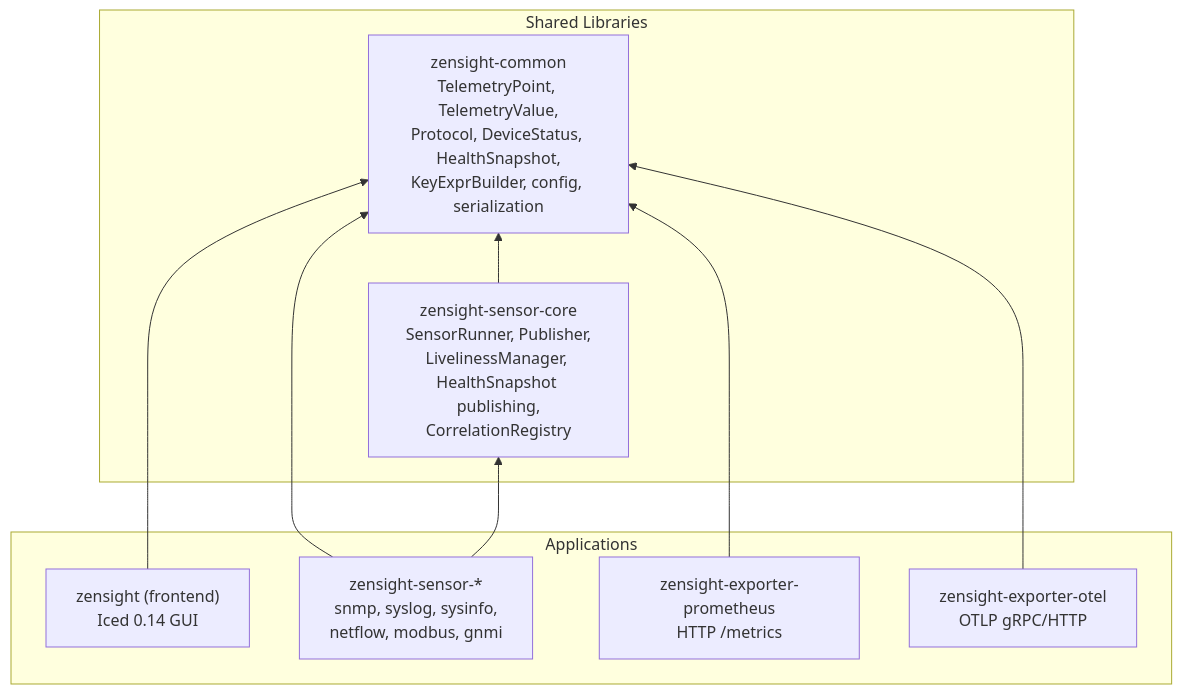
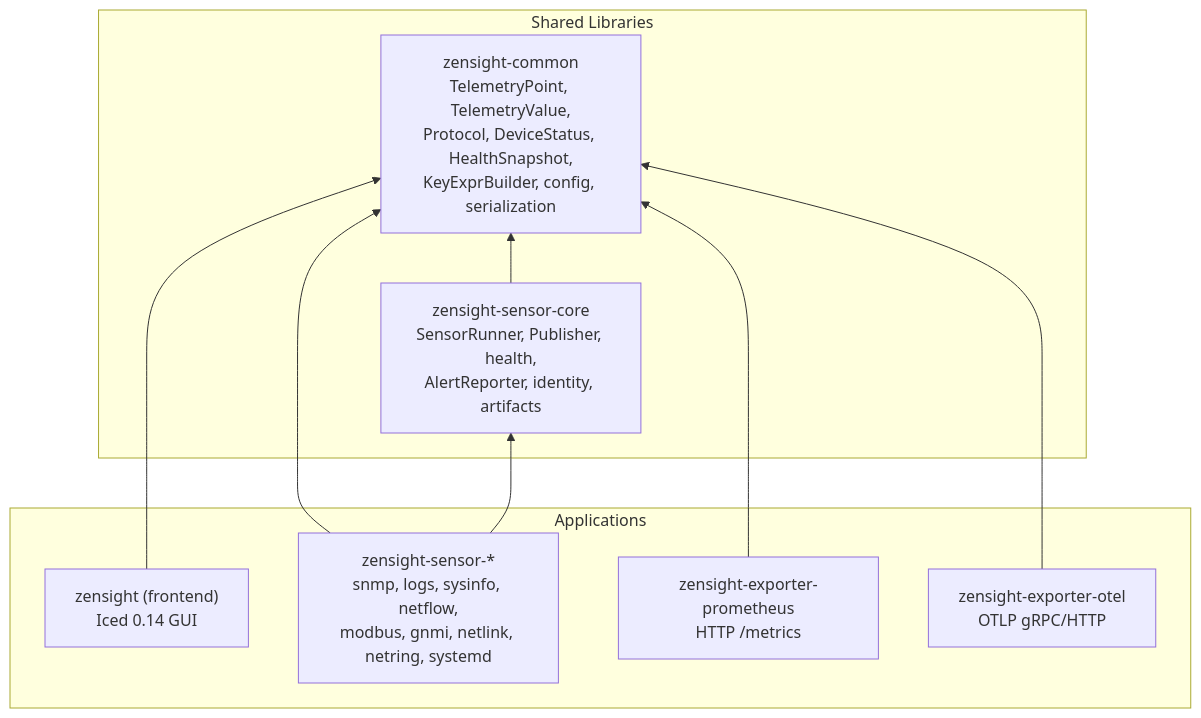
Before and after one commit to p13marc/zensight: the second of 8 diagrams in docs/ARCHITECTURE.md, drawn with Mermaid. The commit also changed other lines of this file and 3 other files, not shown here.

First line of the commit message:
docs: fix stale crate names + escape angle brackets in Mermaid labels

````diff
--- a/docs/ARCHITECTURE.md
+++ b/docs/ARCHITECTURE.md
@@ -69,22 +69,22 @@
 ```mermaid
 flowchart BT
     subgraph Shared["Shared Libraries"]
         Common["zensight-common<br/>TelemetryPoint, TelemetryValue,<br/>Protocol, DeviceStatus, HealthSnapshot,<br/>KeyExprBuilder, config, serialization"]
-        Core["zensight-sensor-core<br/>SensorRunner, Publisher,<br/>LivelinessManager, HealthSnapshot publishing,<br/>CorrelationRegistry"]
+        Core["zensight-sensor-core<br/>SensorRunner, Publisher, health,<br/>AlertReporter, identity, artifacts"]
     end
 
     Core --> Common
 
     subgraph Apps["Applications"]
         Frontend["zensight (frontend)<br/>Iced 0.14 GUI"]
-        SensorApps["zensight-sensor-*<br/>snmp, syslog, sysinfo,<br/>netflow, modbus, gnmi"]
+        SensorApps["zensight-sensor-*<br/>snmp, logs, sysinfo, netflow,<br/>modbus, gnmi, netlink, netring, systemd"]
         PromExp["zensight-exporter-prometheus<br/>HTTP /metrics"]
         OtelExp["zensight-exporter-otel<br/>OTLP gRPC/HTTP"]
     end
 
     Frontend --> Common
     SensorApps --> Common
     SensorApps --> Core
     PromExp --> Common
     OtelExp --> Common
 ```
````
